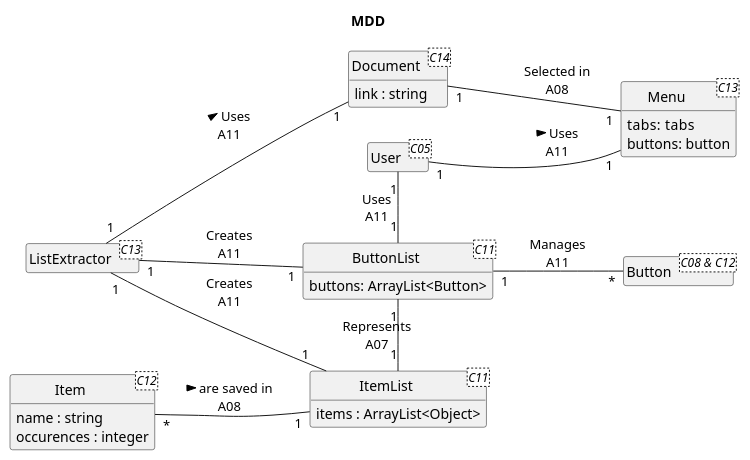
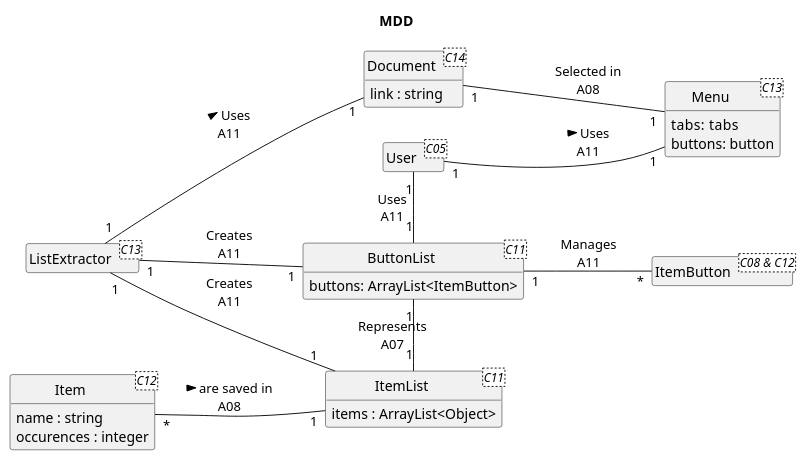
One commit to vexys001/RandoTracker changed the diagram in docs/MDD/mdd_ite1.puml. Above: the diagram before and after it, drawn with PlantUML. The commit also changed 3 other files, not shown here.

```diff
--- a/docs/MDD/mdd_ite1.puml
+++ b/docs/MDD/mdd_ite1.puml
@@ -1,52 +1,52 @@
 @startuml
 skinparam style strictuml
 skinparam defaultfontname Verdana
 skinparam ControlStereotypeFontColor #blue
 left to right direction
 hide empty members
 'skinparam linetype ortho
 
 title MDD
 
 class User <C05> {}
 
 class Menu <C13> {
     tabs:  tabs
     buttons: button
 }
 
 class ItemList <C11> {
     items : ArrayList<Object> 
 }
 class Item <C12>  {
   name : string
   occurences : integer
 }
 
 class ButtonList<C11>{
-    buttons: ArrayList<Button>
+    buttons: ArrayList<ItemButton>
 }
 
-class Button <C08 & C12> {}
+class ItemButton <C08 & C12> {}
 
 class ListExtractor <C13> {}
 
 class Document <C14> {
     link : string
 }
 
 Document "1" -- "1" Menu : Selected in\nA08
 ListExtractor "1" -- "1" Document : > Uses\nA11
 
 User "1" -- "1" Menu : > Uses\nA11
 ButtonList "1" -l- "1" User :  Uses\nA11
 
 ListExtractor "1" -- "1" ButtonList :  Creates\nA11
 ListExtractor "1" -- "1" ItemList : Creates\nA11
 
 ItemList "1" -l- "1" ButtonList : Represents\nA07
-ButtonList "1" -- "*" Button : Manages\nA11
+ButtonList "1" -- "*" ItemButton : Manages\nA11
 
 Item "*" -- "1" ItemList : > are saved in\nA08
 
 @enduml
```
